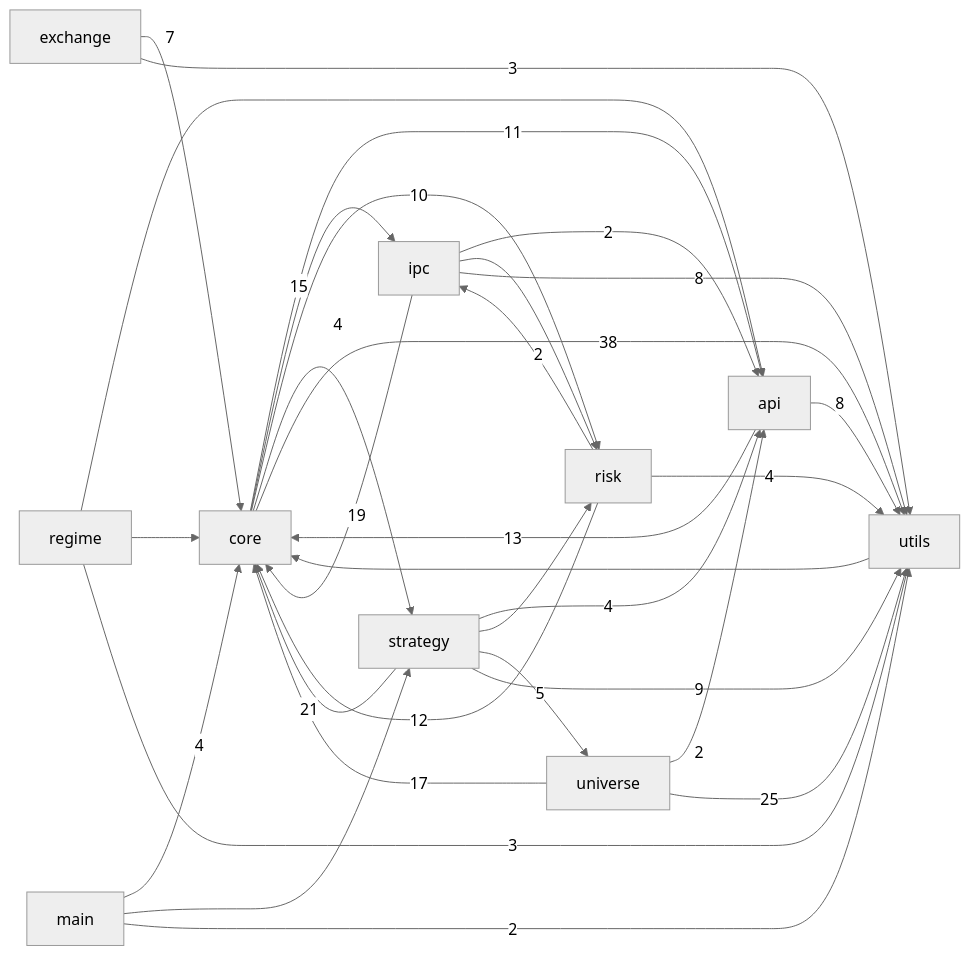
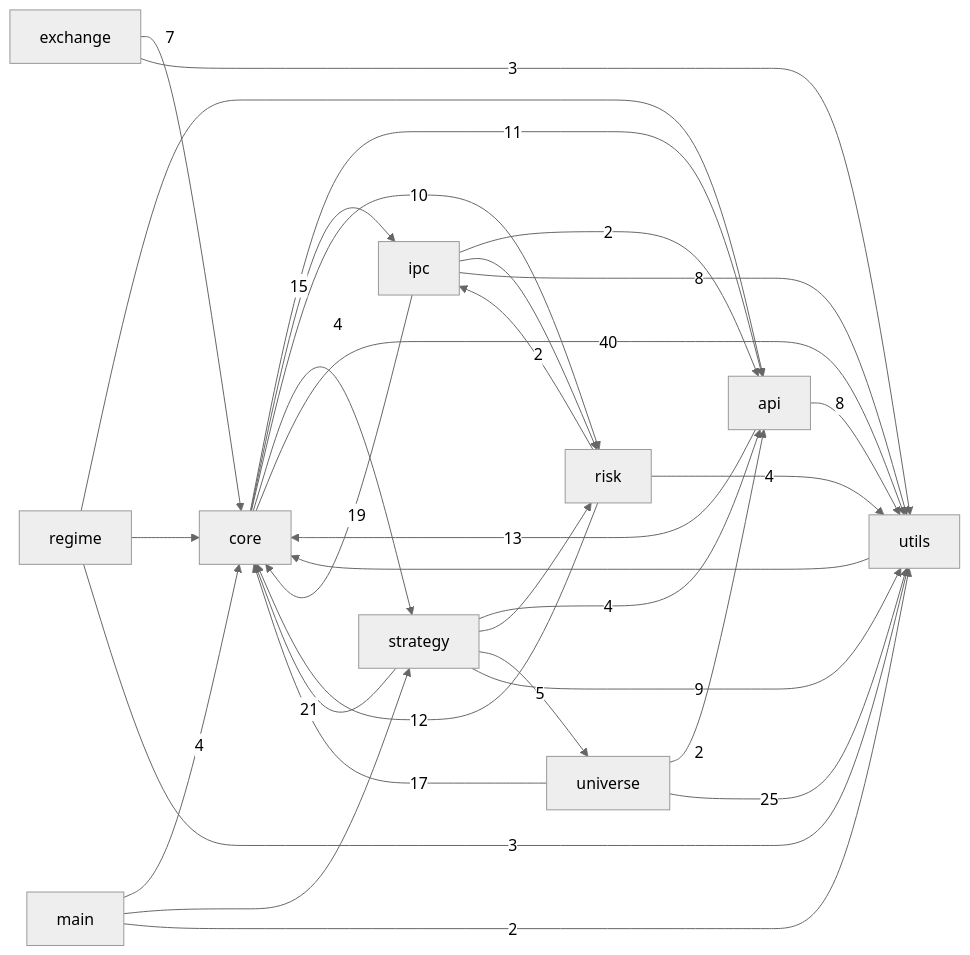
Before and after one commit to pypy8171/Quant: the first of 3 diagrams in docs/CODE_GRAPH.md, drawn with Mermaid (neutral theme). The commit also changed other lines of this file and 18 other files, not shown here.

````diff
--- a/docs/CODE_GRAPH.md
+++ b/docs/CODE_GRAPH.md
@@ -10,44 +10,44 @@
 ```mermaid
 graph LR
   main[main]
   core[core]
   strategy[strategy]
   api[api]
   universe[universe]
   risk[risk]
   ipc[ipc]
   utils[utils]
   exchange[exchange]
   regime[regime]
   api -->|13| core
   api -->|8| utils
   core -->|11| api
   core -->|15| ipc
   core -->|10| risk
   core -->|4| strategy
-  core -->|38| utils
+  core -->|40| utils
   exchange -->|7| core
   exchange -->|3| utils
   ipc -->|2| api
   ipc -->|19| core
   ipc --> risk
   ipc -->|8| utils
   main -->|4| core
   main --> strategy
   main -->|2| utils
   regime --> api
   regime --> core
   regime -->|3| utils
   risk -->|12| core
   risk -->|2| ipc
   risk -->|4| utils
   strategy -->|4| api
   strategy -->|21| core
   strategy --> risk
   strategy -->|5| universe
   strategy -->|9| utils
   universe -->|2| api
   universe -->|17| core
   universe -->|25| utils
   utils --> core
 ```
````
